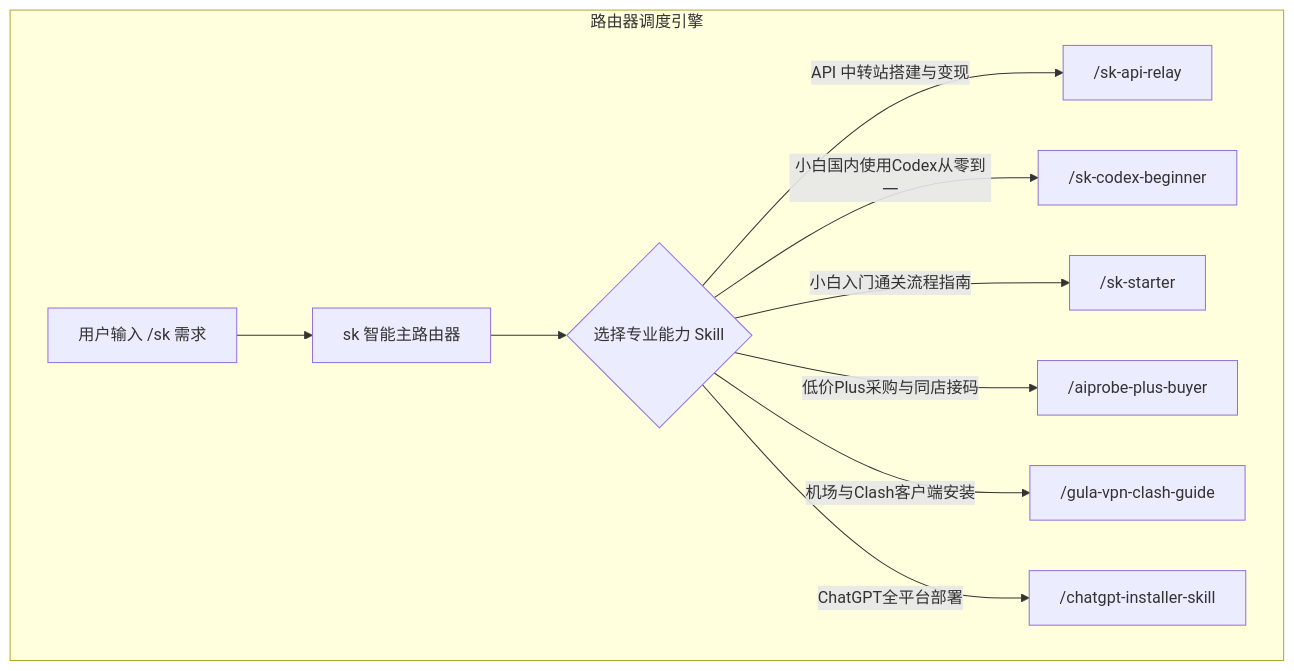
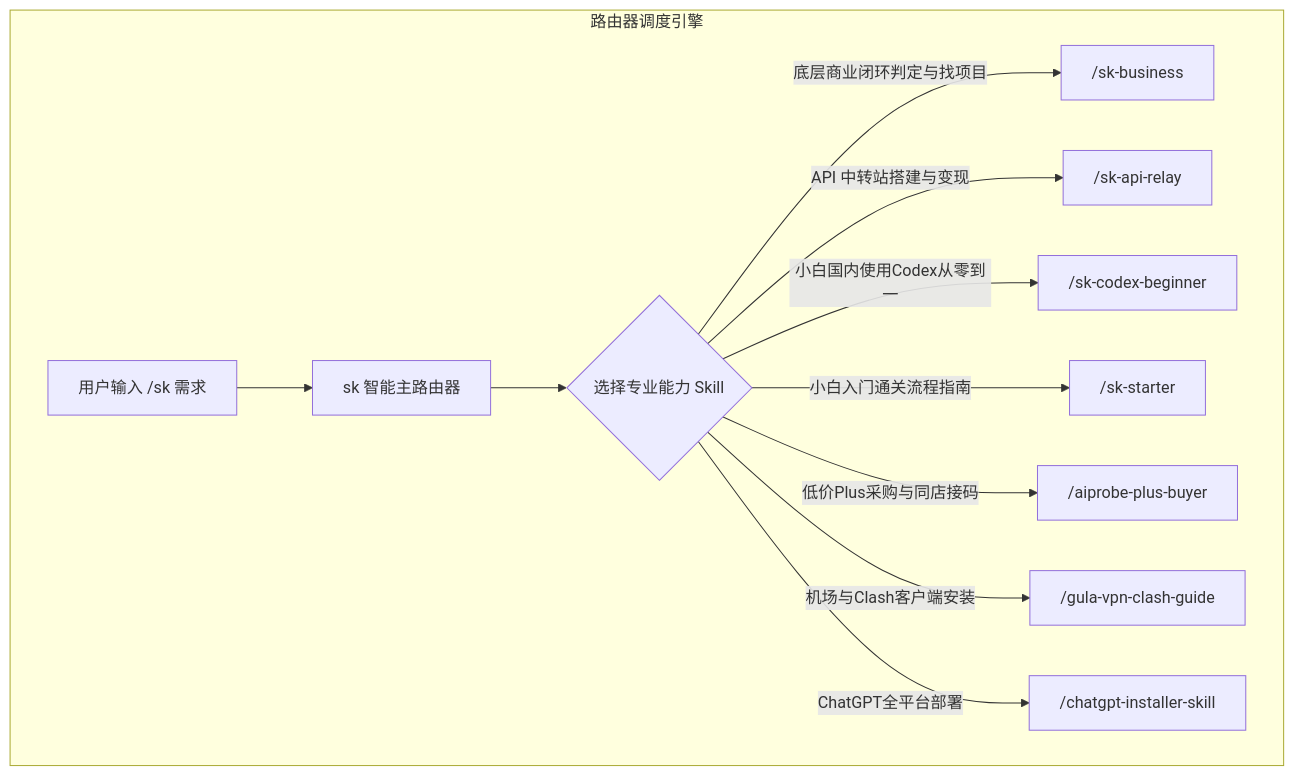
One commit to ss22219/skilldb changed the diagram in sk-router/SKILL.md. Above: the diagram before and after it, drawn with Mermaid. The commit also changed other lines of this file and 6 other files, not shown here.

````diff
--- a/sk-router/SKILL.md
+++ b/sk-router/SKILL.md
@@ -14,13 +14,14 @@
 ```mermaid
 flowchart TD
     subgraph router ["路由器调度引擎"]
         A[用户输入 /sk 需求] --> B[sk 智能主路由器]
         B --> C{选择专业能力 Skill}
-        C -->|API 中转站搭建与变现| D["/sk-api-relay"]
-        C -->|小白国内使用Codex从零到一| E["/sk-codex-beginner"]
-        C -->|小白入门通关流程指南| F["/sk-starter"]
-        C -->|低价Plus采购与同店接码| G["/aiprobe-plus-buyer"]
-        C -->|机场与Clash客户端安装| H["/gula-vpn-clash-guide"]
-        C -->|ChatGPT全平台部署| I["/chatgpt-installer-skill"]
+        C -->|底层商业闭环判定与找项目| D["/sk-business"]
+        C -->|API 中转站搭建与变现| E["/sk-api-relay"]
+        C -->|小白国内使用Codex从零到一| F["/sk-codex-beginner"]
+        C -->|小白入门通关流程指南| G["/sk-starter"]
+        C -->|低价Plus采购与同店接码| H["/aiprobe-plus-buyer"]
+        C -->|机场与Clash客户端安装| I["/gula-vpn-clash-guide"]
+        C -->|ChatGPT全平台部署| J["/chatgpt-installer-skill"]
     end
 ```
````
